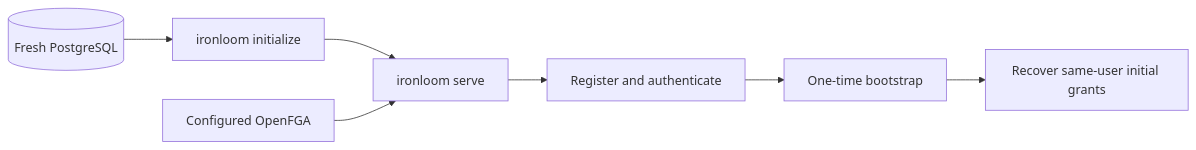
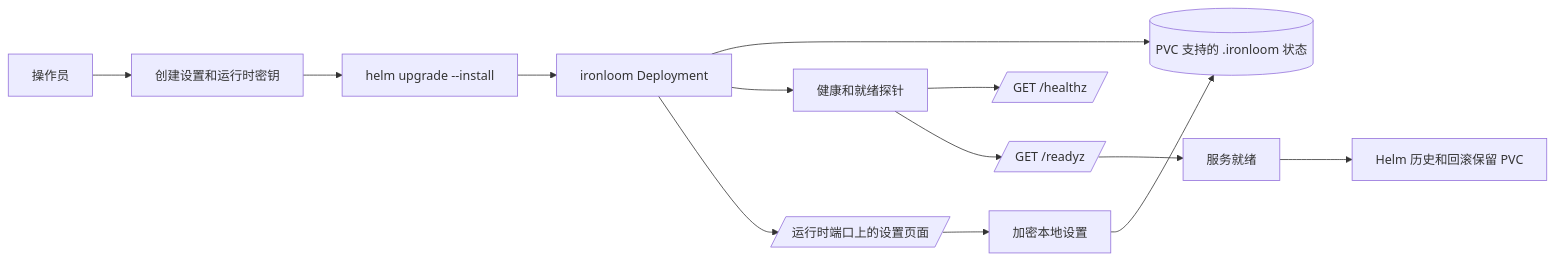
One commit to VannaDii/ironloom changed the diagram in site/guide-docs/zh-hans/guides/deployment.md. Above: the diagram before and after it, drawn with Mermaid. The commit also changed other lines of this file and 73 other files, not shown here.

Commit message:
docs: localize VitePress site and add diagrams

````diff
--- a/site/guide-docs/zh-hans/guides/deployment.md
+++ b/site/guide-docs/zh-hans/guides/deployment.md
@@ -7,9 +9,15 @@
 ```mermaid
 flowchart LR
-  DB[(Fresh PostgreSQL)] --> Init[ironloom initialize]
-  Init --> Service[ironloom serve]
-  FGA[Configured OpenFGA] --> Service
-  Service --> Account[Register and authenticate]
-  Account --> Bootstrap[One-time bootstrap]
-  Bootstrap --> Ready[Recover same-user initial grants]
+  operator[操作员] --> secret[创建设置和运行时密钥]
+  secret --> helm[helm upgrade --install]
+  helm --> deployment[ironloom Deployment]
+  deployment --> pvc[(PVC 支持的 .ironloom 状态)]
+  deployment --> probes[健康和就绪探针]
+  probes --> health[/GET /healthz/]
+  probes --> ready[/GET /readyz/]
+  deployment --> setup[/运行时端口上的设置页面/]
+  setup --> encrypted[加密本地设置]
+  encrypted --> pvc
+  ready --> service[服务就绪]
+  service --> rollback[Helm 历史和回滚保留 PVC]
 ```
````
